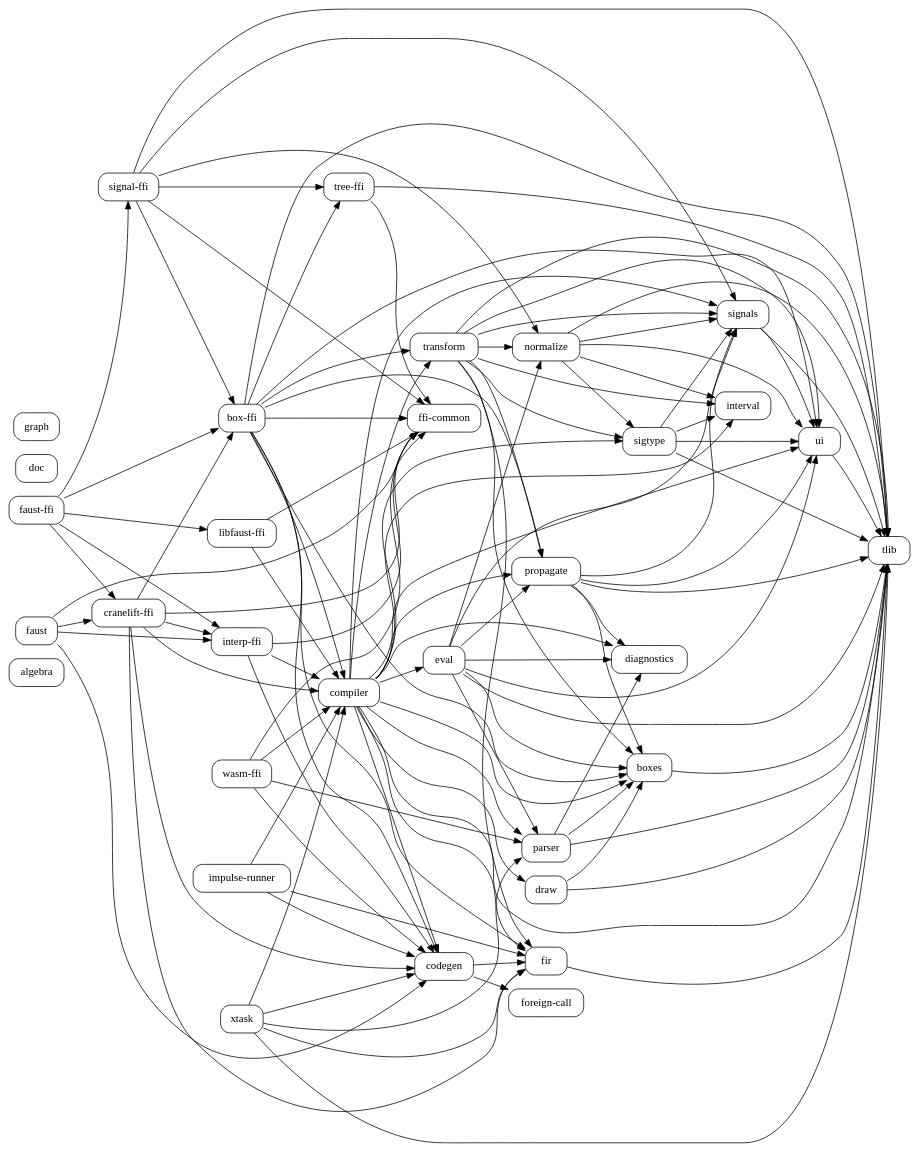
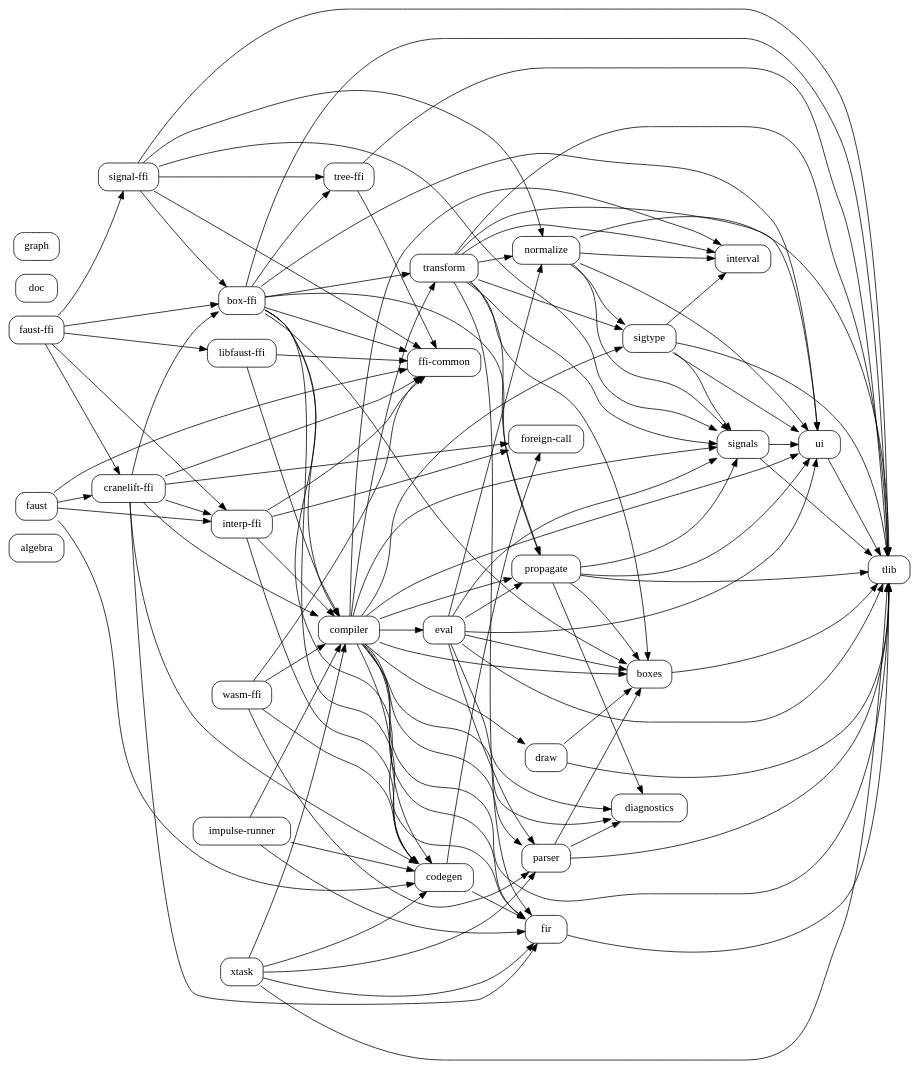
Before and after one commit to grame-cncm/faust-rs: the diagram in docs/code-graphs/internal-crate-deps.dot, drawn with Graphviz. The commit also changed 21 other files, not shown here.

```diff
--- a/docs/code-graphs/internal-crate-deps.dot
+++ b/docs/code-graphs/internal-crate-deps.dot
@@ -1,143 +1,145 @@
 digraph workspace_crates {
     rankdir=LR;
     node [shape=box, style="rounded"];
     "algebra";
     "box-ffi";
     "boxes";
     "codegen";
     "compiler";
     "cranelift-ffi";
     "diagnostics";
     "doc";
     "draw";
     "eval";
     "faust";
     "faust-ffi";
     "ffi-common";
     "fir";
     "foreign-call";
     "graph";
     "impulse-runner";
     "interp-ffi";
     "interval";
     "libfaust-ffi";
     "normalize";
     "parser";
     "propagate";
     "signal-ffi";
     "signals";
     "sigtype";
     "tlib";
     "transform";
     "tree-ffi";
     "ui";
     "wasm-ffi";
     "xtask";
     "box-ffi" -> "boxes";
     "box-ffi" -> "codegen";
     "box-ffi" -> "compiler";
     "box-ffi" -> "ffi-common";
     "box-ffi" -> "fir";
     "box-ffi" -> "propagate";
     "box-ffi" -> "tlib";
     "box-ffi" -> "transform";
     "box-ffi" -> "tree-ffi";
     "box-ffi" -> "ui";
     "boxes" -> "tlib";
     "codegen" -> "fir";
     "codegen" -> "foreign-call";
     "compiler" -> "boxes";
     "compiler" -> "codegen";
     "compiler" -> "diagnostics";
     "compiler" -> "draw";
     "compiler" -> "eval";
     "compiler" -> "fir";
     "compiler" -> "interval";
     "compiler" -> "parser";
     "compiler" -> "propagate";
     "compiler" -> "signals";
     "compiler" -> "sigtype";
     "compiler" -> "tlib";
     "compiler" -> "transform";
     "compiler" -> "ui";
     "cranelift-ffi" -> "box-ffi";
     "cranelift-ffi" -> "codegen";
     "cranelift-ffi" -> "compiler";
     "cranelift-ffi" -> "ffi-common";
     "cranelift-ffi" -> "fir";
+    "cranelift-ffi" -> "foreign-call";
     "cranelift-ffi" -> "interp-ffi";
     "draw" -> "boxes";
     "draw" -> "tlib";
     "eval" -> "boxes";
     "eval" -> "diagnostics";
     "eval" -> "normalize";
     "eval" -> "parser";
     "eval" -> "propagate";
     "eval" -> "signals";
     "eval" -> "tlib";
     "eval" -> "ui";
     "faust" -> "codegen";
     "faust" -> "cranelift-ffi";
     "faust" -> "ffi-common";
     "faust" -> "interp-ffi";
     "faust-ffi" -> "box-ffi";
     "faust-ffi" -> "cranelift-ffi";
     "faust-ffi" -> "interp-ffi";
     "faust-ffi" -> "libfaust-ffi";
     "faust-ffi" -> "signal-ffi";
     "fir" -> "tlib";
     "impulse-runner" -> "codegen";
     "impulse-runner" -> "compiler";
     "impulse-runner" -> "fir";
     "interp-ffi" -> "codegen";
     "interp-ffi" -> "compiler";
     "interp-ffi" -> "ffi-common";
+    "interp-ffi" -> "foreign-call";
     "libfaust-ffi" -> "compiler";
     "libfaust-ffi" -> "ffi-common";
     "normalize" -> "interval";
     "normalize" -> "signals";
     "normalize" -> "sigtype";
     "normalize" -> "tlib";
     "normalize" -> "ui";
     "parser" -> "boxes";
     "parser" -> "diagnostics";
     "parser" -> "tlib";
     "propagate" -> "boxes";
     "propagate" -> "diagnostics";
     "propagate" -> "signals";
     "propagate" -> "tlib";
     "propagate" -> "ui";
     "signal-ffi" -> "box-ffi";
     "signal-ffi" -> "ffi-common";
     "signal-ffi" -> "normalize";
     "signal-ffi" -> "signals";
     "signal-ffi" -> "tlib";
     "signal-ffi" -> "tree-ffi";
     "signals" -> "tlib";
     "signals" -> "ui";
     "sigtype" -> "interval";
     "sigtype" -> "signals";
     "sigtype" -> "tlib";
     "sigtype" -> "ui";
     "transform" -> "boxes";
     "transform" -> "fir";
     "transform" -> "interval";
     "transform" -> "normalize";
     "transform" -> "propagate";
     "transform" -> "signals";
     "transform" -> "sigtype";
     "transform" -> "tlib";
     "transform" -> "ui";
     "tree-ffi" -> "ffi-common";
     "tree-ffi" -> "tlib";
     "ui" -> "tlib";
     "wasm-ffi" -> "codegen";
     "wasm-ffi" -> "compiler";
     "wasm-ffi" -> "ffi-common";
     "wasm-ffi" -> "parser";
     "xtask" -> "codegen";
     "xtask" -> "compiler";
     "xtask" -> "fir";
     "xtask" -> "parser";
     "xtask" -> "tlib";
 }
```
